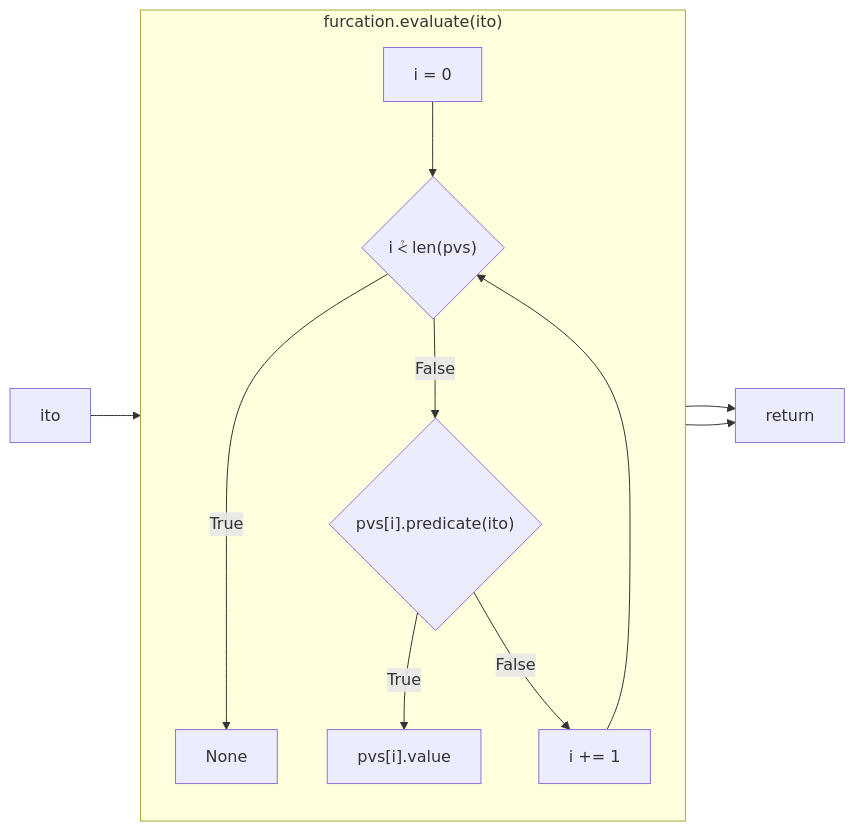
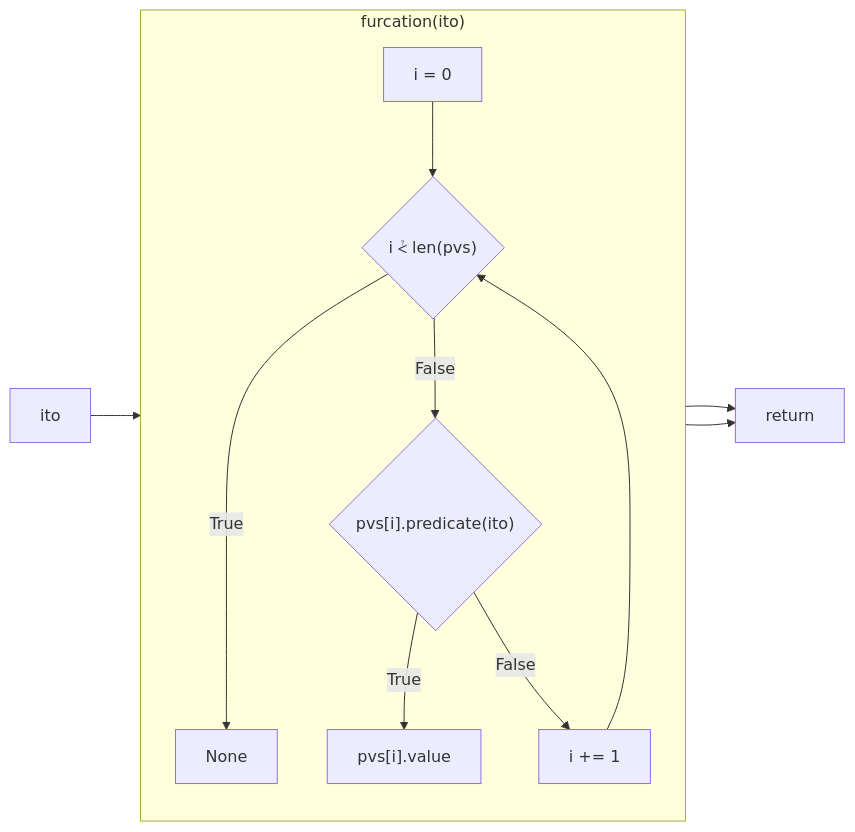
The fifth of 9 diagrams in docs/4. Arborform.md (rlayers/pawpaw), drawn with Mermaid before and after one commit. The commit also changed 2 other files, not shown here.

Commit message:
furcation.evaluate -> furcation.__call__

````diff
--- a/docs/4. Arborform.md
+++ b/docs/4. Arborform.md
@@ -255,15 +255,15 @@
 ```mermaid
 flowchart LR
   ito --> count[i = 0]
-  subgraph "furcation.evaluate(ito)"
+  subgraph "furcation(ito)"
     direction TB
     count --> loop{"i #10875; len(pvs)"}
     loop --->|True| None
     loop -->|False| p{"pvs[i].predicate(ito)"}
     p --> |True| v["pvs[i].value"]
     p --> |False| inc["i += 1"]
     inc --> loop
   end
   None --> return
   v --> return
 ```
````
